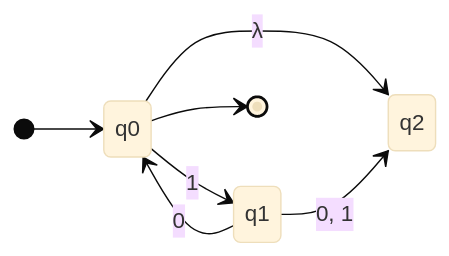
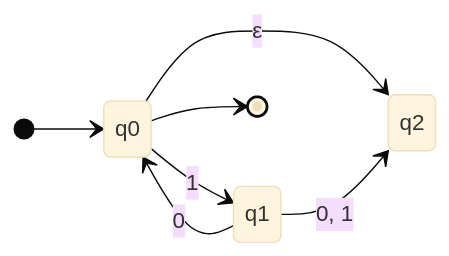
Before and after one commit to lelongc/rac: the fourth of 12 diagrams in iuh/môn/hk1-4/automat/3-4/ly_thuyet_nfa.md, drawn with Mermaid (base theme). The commit also changed other lines of this file and 7 other files, not shown here.

````diff
--- a/iuh/môn/hk1-4/automat/3-4/ly_thuyet_nfa.md
+++ b/iuh/môn/hk1-4/automat/3-4/ly_thuyet_nfa.md
@@ -231,10 +231,10 @@
 ```mermaid
 stateDiagram-v2
     direction LR
     [*] --> q0
     q0 --> q1: 1
     q1 --> q0: 0
-    q0 --> q2: λ
+    q0 --> q2: ε
     q1 --> q2: 0, 1
     q0 --> [*]
 ```
````
